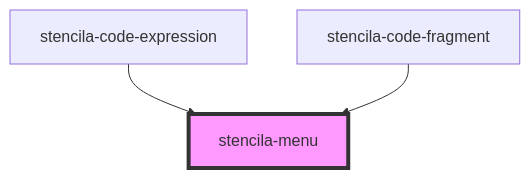
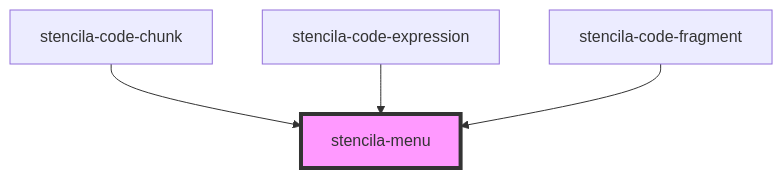
One commit to stencila/designa changed the diagram in packages/components/src/components/menu/readme.md. Above: the diagram before and after it, drawn with Mermaid. The commit also changed other lines of this file and 2 other files, not shown here.

Commit message:
feat(Menu): Add ability to open on focus/hover

````diff
--- a/packages/components/src/components/menu/readme.md
+++ b/packages/components/src/components/menu/readme.md
@@ -23,6 +25,7 @@
 ```mermaid
 graph TD;
+  stencila-code-chunk --> stencila-menu
   stencila-code-expression --> stencila-menu
   stencila-code-fragment --> stencila-menu
   style stencila-menu fill:#f9f,stroke:#333,stroke-width:4px
 ```
````
